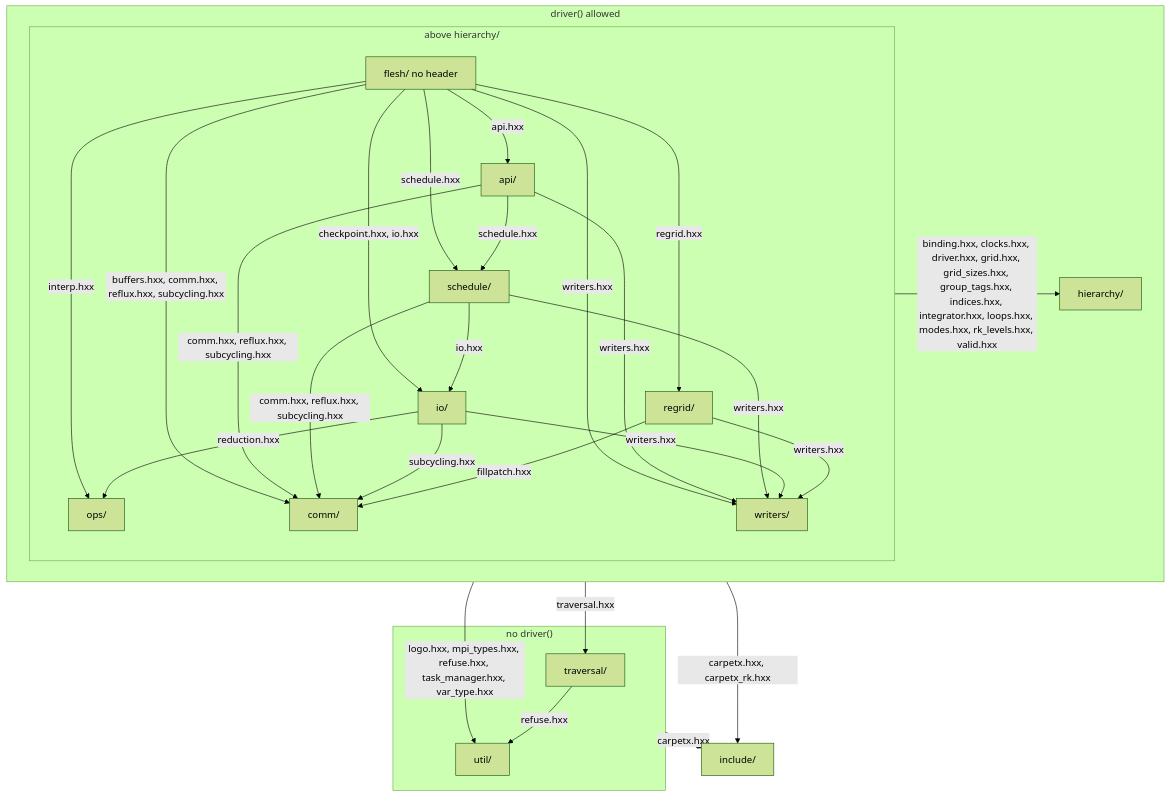
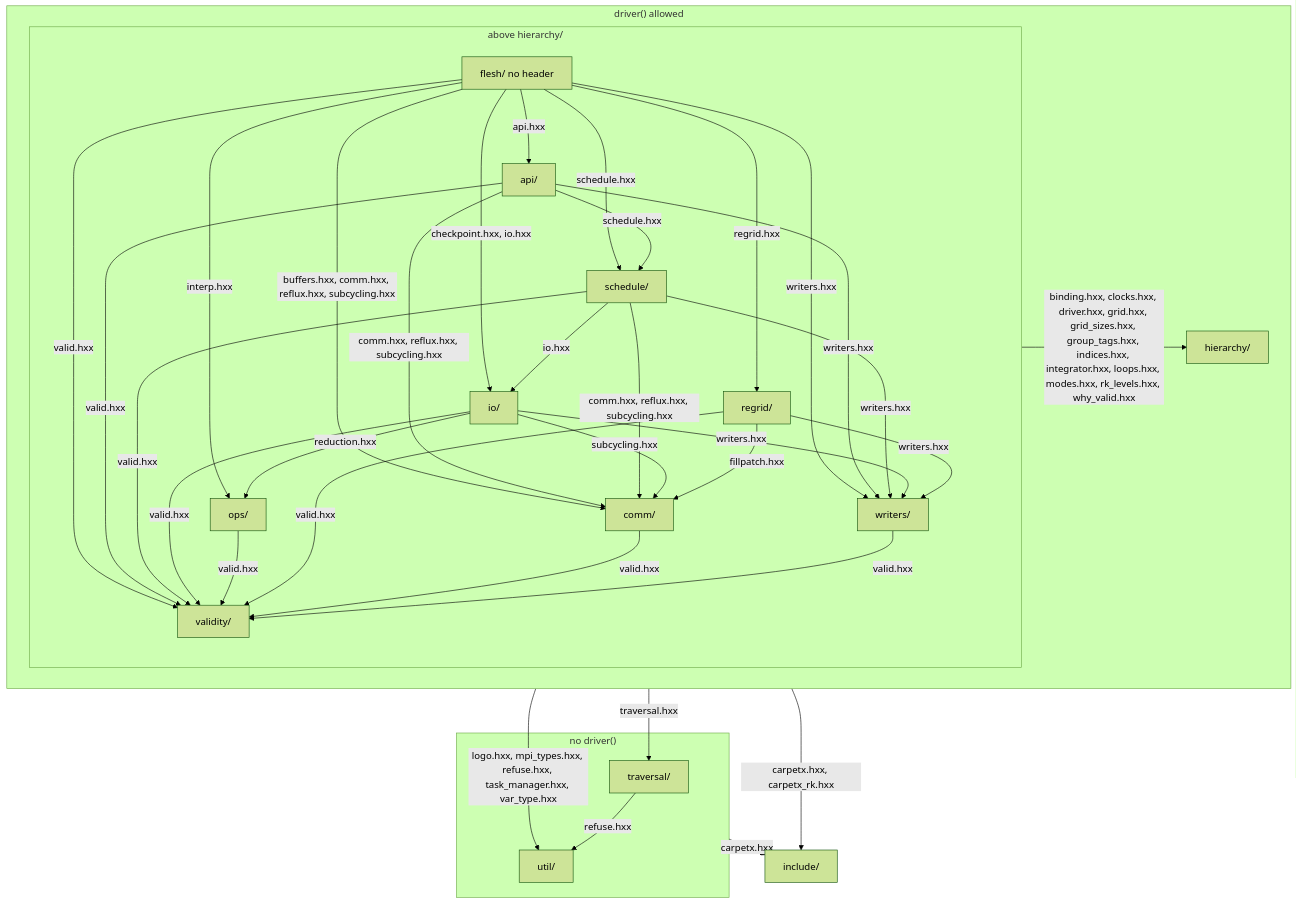
One commit to lwJi/CarpetX changed the first of 3 diagrams in agent_docs/carpetx-internals.md. Above: the diagram before and after it, drawn with Mermaid (forest theme). The commit also changed other lines of this file and 21 other files, not shown here.

````diff
--- a/agent_docs/carpetx-internals.md
+++ b/agent_docs/carpetx-internals.md
@@ -7,45 +7,54 @@
 ```mermaid
 flowchart TB
   subgraph door["driver() allowed"]
     subgraph above["above hierarchy/"]
       flesh["flesh/ no header"]
       api["api/"]
       schedule["schedule/"]
       io["io/"]
       ops["ops/"]
       regrid["regrid/"]
       comm["comm/"]
       writers["writers/"]
+      validity["validity/"]
     end
     hierarchy["hierarchy/"]
   end
   subgraph nodoor["no driver()"]
     traversal["traversal/"]
     util["util/"]
   end
   include["include/"]
   flesh -- "api.hxx" --> api
   flesh -- "schedule.hxx" --> schedule
   flesh -- "checkpoint.hxx, io.hxx" --> io
   flesh -- "interp.hxx" --> ops
   flesh -- "regrid.hxx" --> regrid
   flesh -- "buffers.hxx, comm.hxx, reflux.hxx, subcycling.hxx" --> comm
   flesh -- "writers.hxx" --> writers
+  flesh -- "valid.hxx" --> validity
   api -- "schedule.hxx" --> schedule
   api -- "comm.hxx, reflux.hxx, subcycling.hxx" --> comm
   api -- "writers.hxx" --> writers
+  api -- "valid.hxx" --> validity
   schedule -- "io.hxx" --> io
   schedule -- "comm.hxx, reflux.hxx, subcycling.hxx" --> comm
   schedule -- "writers.hxx" --> writers
+  schedule -- "valid.hxx" --> validity
   io -- "reduction.hxx" --> ops
   io -- "subcycling.hxx" --> comm
   io -- "writers.hxx" --> writers
+  io -- "valid.hxx" --> validity
+  ops -- "valid.hxx" --> validity
   regrid -- "fillpatch.hxx" --> comm
   regrid -- "writers.hxx" --> writers
+  regrid -- "valid.hxx" --> validity
+  comm -- "valid.hxx" --> validity
+  writers -- "valid.hxx" --> validity
   traversal -- "refuse.hxx" --> util
-  above -- "binding.hxx, clocks.hxx, driver.hxx, grid.hxx, grid_sizes.hxx, group_tags.hxx, indices.hxx, integrator.hxx, loops.hxx, modes.hxx, rk_levels.hxx, valid.hxx" --> hierarchy
+  above -- "binding.hxx, clocks.hxx, driver.hxx, grid.hxx, grid_sizes.hxx, group_tags.hxx, indices.hxx, integrator.hxx, loops.hxx, modes.hxx, rk_levels.hxx, why_valid.hxx" --> hierarchy
   door -- "traversal.hxx" --> traversal
   door -- "logo.hxx, mpi_types.hxx, refuse.hxx, task_manager.hxx, var_type.hxx" --> util
   door -- "carpetx.hxx, carpetx_rk.hxx" --> include
   nodoor -- "carpetx.hxx" --> include
 ```
````
